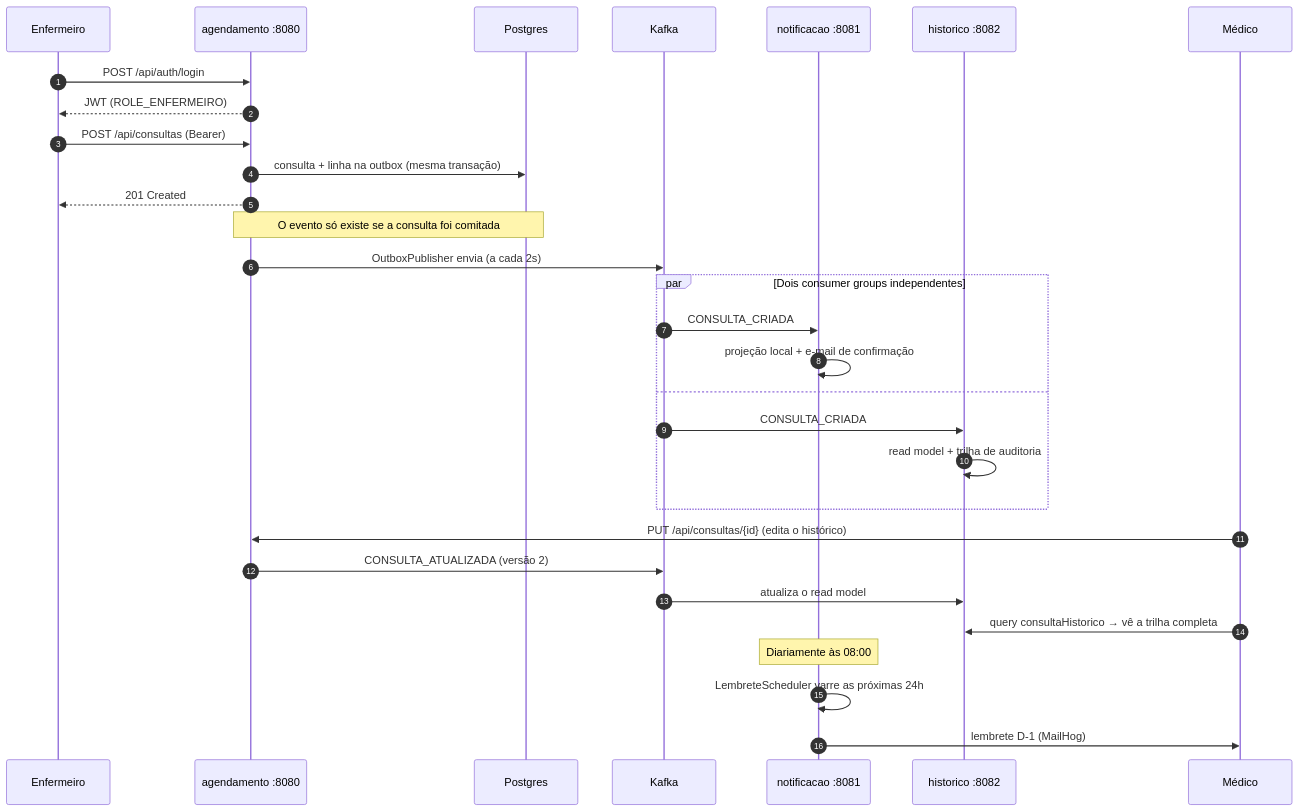
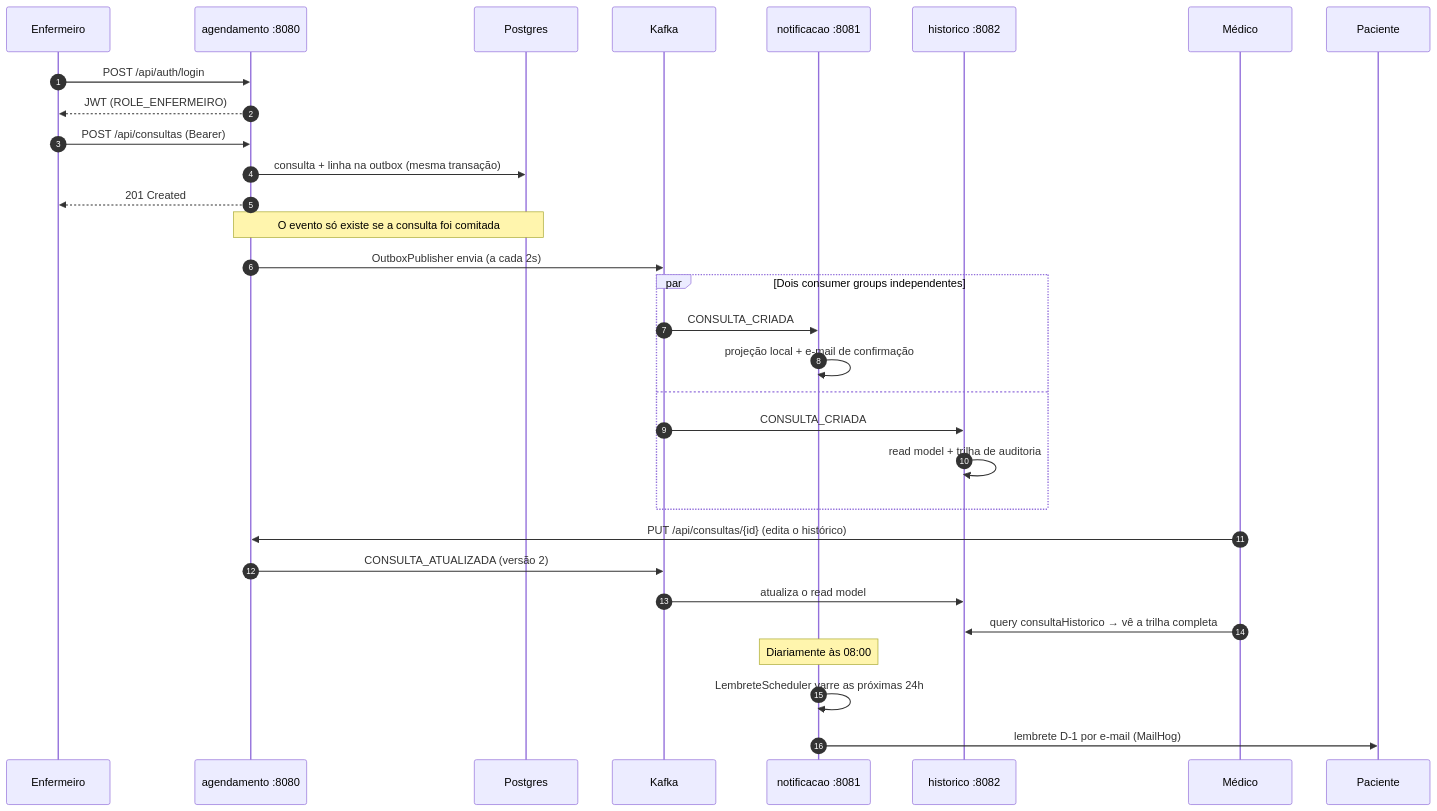
One commit to GastroHubDev/MedHub changed the second of 2 diagrams in README.md. Above: the diagram before and after it, drawn with Mermaid. The commit also changed other lines of this file and 3 other files, not shown here.

````diff
--- a/README.md
+++ b/README.md
@@ -54,36 +54,37 @@
 ```mermaid
 sequenceDiagram
     autonumber
     participant E as Enfermeiro
     participant A as agendamento :8080
     participant DB as Postgres
     participant K as Kafka
     participant N as notificacao :8081
     participant H as historico :8082
     participant Med as Médico
+    participant Pac as Paciente
 
     E->>A: POST /api/auth/login
     A-->>E: JWT (ROLE_ENFERMEIRO)
     E->>A: POST /api/consultas (Bearer)
     A->>DB: consulta + linha na outbox (mesma transação)
     A-->>E: 201 Created
     Note over A,DB: O evento só existe se a consulta foi comitada
 
     A->>K: OutboxPublisher envia (a cada 2s)
     par Dois consumer groups independentes
         K->>N: CONSULTA_CRIADA
         N->>N: projeção local + e-mail de confirmação
     and
         K->>H: CONSULTA_CRIADA
         H->>H: read model + trilha de auditoria
     end
 
     Med->>A: PUT /api/consultas/{id} (edita o histórico)
     A->>K: CONSULTA_ATUALIZADA (versão 2)
     K->>H: atualiza o read model
     Med->>H: query consultaHistorico → vê a trilha completa
 
     Note over N: Diariamente às 08:00
     N->>N: LembreteScheduler varre as próximas 24h
-    N->>Med: lembrete D-1 (MailHog)
+    N->>Pac: lembrete D-1 por e-mail (MailHog)
 ```
````
